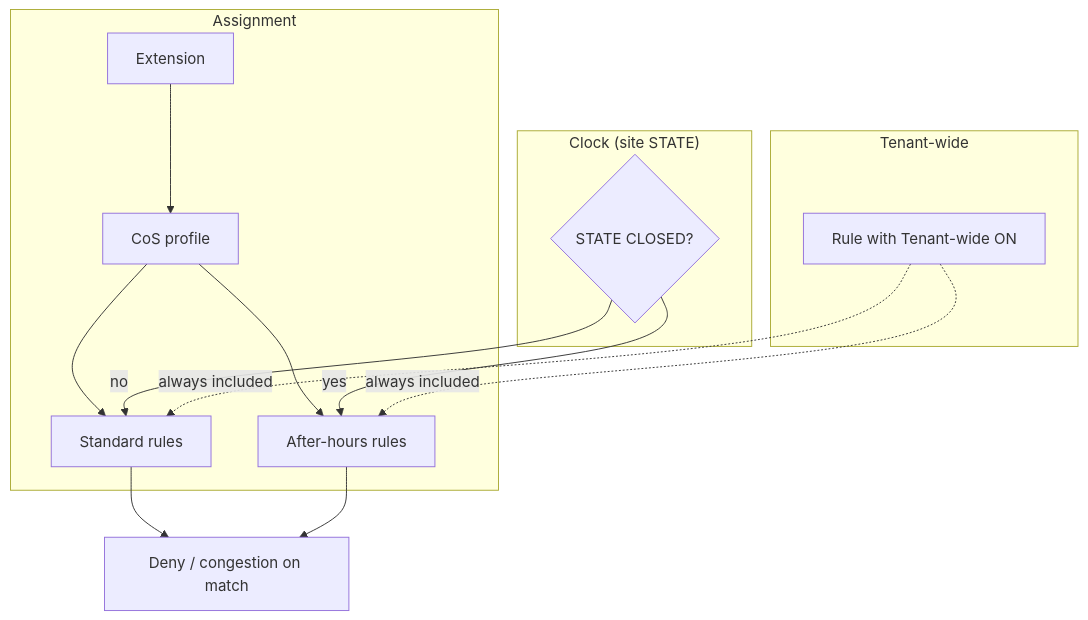
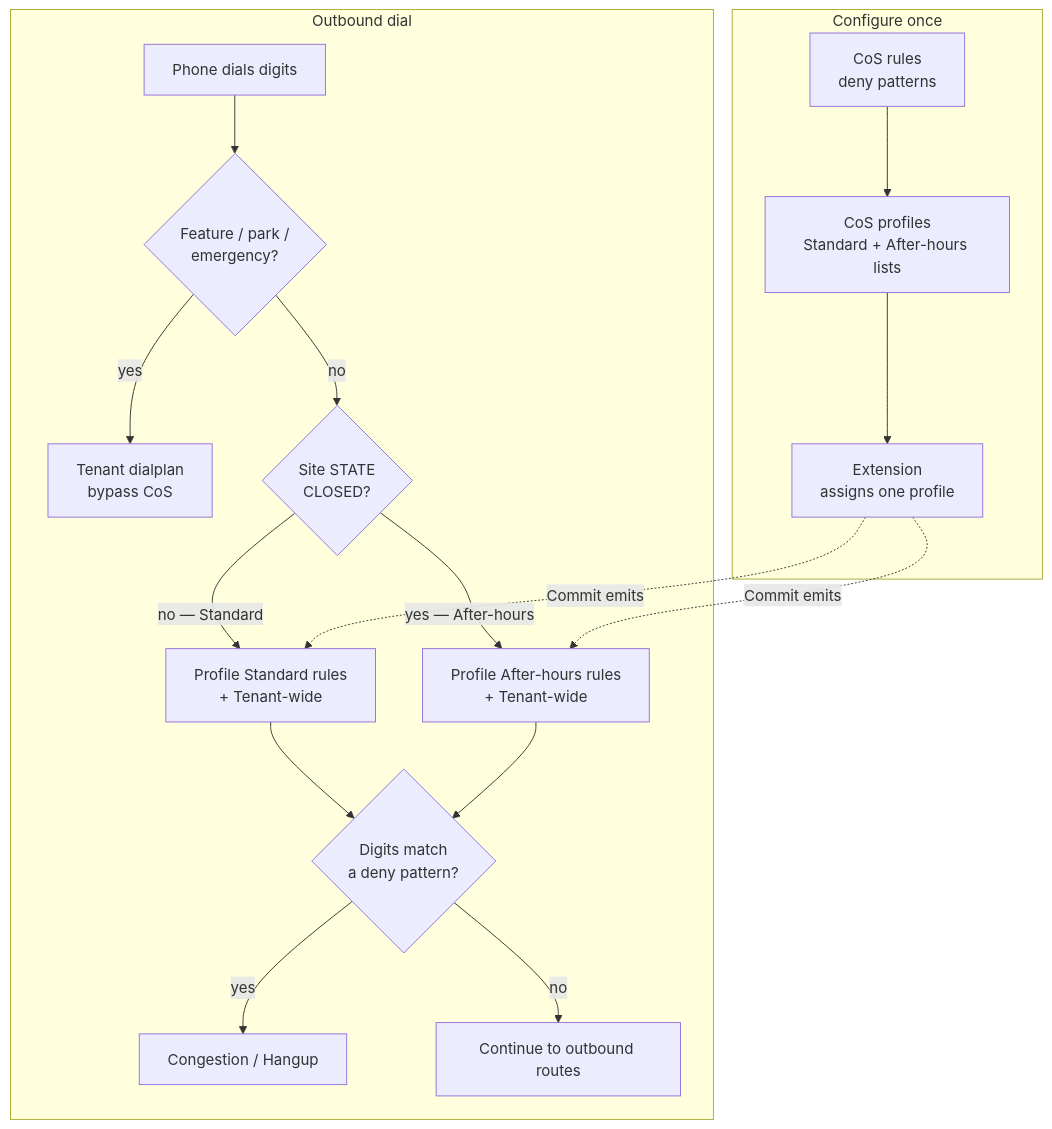
The diagram in docs/admin/timers-cos.md (aelintra/pbx3-docs), drawn with Mermaid before and after one commit. The commit also changed other lines of this file and 1 other file, not shown here.

First line of the commit message:
Expand CoS admin guide with call-path diagram and examples.

````diff
--- a/docs/admin/timers-cos.md
+++ b/docs/admin/timers-cos.md
@@ -34,22 +34,22 @@
 ```mermaid
 flowchart TB
-  subgraph assign["Assignment"]
-    E[Extension] --> P[CoS profile]
-    P --> O[Standard rules]
-    P --> C[After-hours rules]
+  subgraph assign["Configure once"]
+    R[CoS rules<br/>deny patterns] --> P[CoS profiles<br/>Standard + After-hours lists]
+    P --> X[Extension<br/>assigns one profile]
   end
 
-  subgraph clock["Clock (site STATE)"]
-    S{STATE CLOSED?}
-    S -->|yes| C
-    S -->|no| O
+  subgraph call["Outbound dial"]
+    D[Phone dials digits] --> B{Feature / park /<br/>emergency?}
+    B -->|yes| T[Tenant dialplan<br/>bypass CoS]
+    B -->|no| S{Site STATE<br/>CLOSED?}
+    S -->|no — Standard| O[Profile Standard rules<br/>+ Tenant-wide]
+    S -->|yes — After-hours| C[Profile After-hours rules<br/>+ Tenant-wide]
+    O --> M{Digits match<br/>a deny pattern?}
+    C --> M
+    M -->|yes| H[Congestion / Hangup]
+    M -->|no| T2[Continue to outbound routes]
   end
 
-  subgraph twide["Tenant-wide"]
-    F[Rule with Tenant-wide ON] -.->|always included| O
-    F -.->|always included| C
-  end
-
-  O --> D[Deny / congestion on match]
-  C --> D
+  X -.->|Commit emits| O
+  X -.->|Commit emits| C
 ```
````
